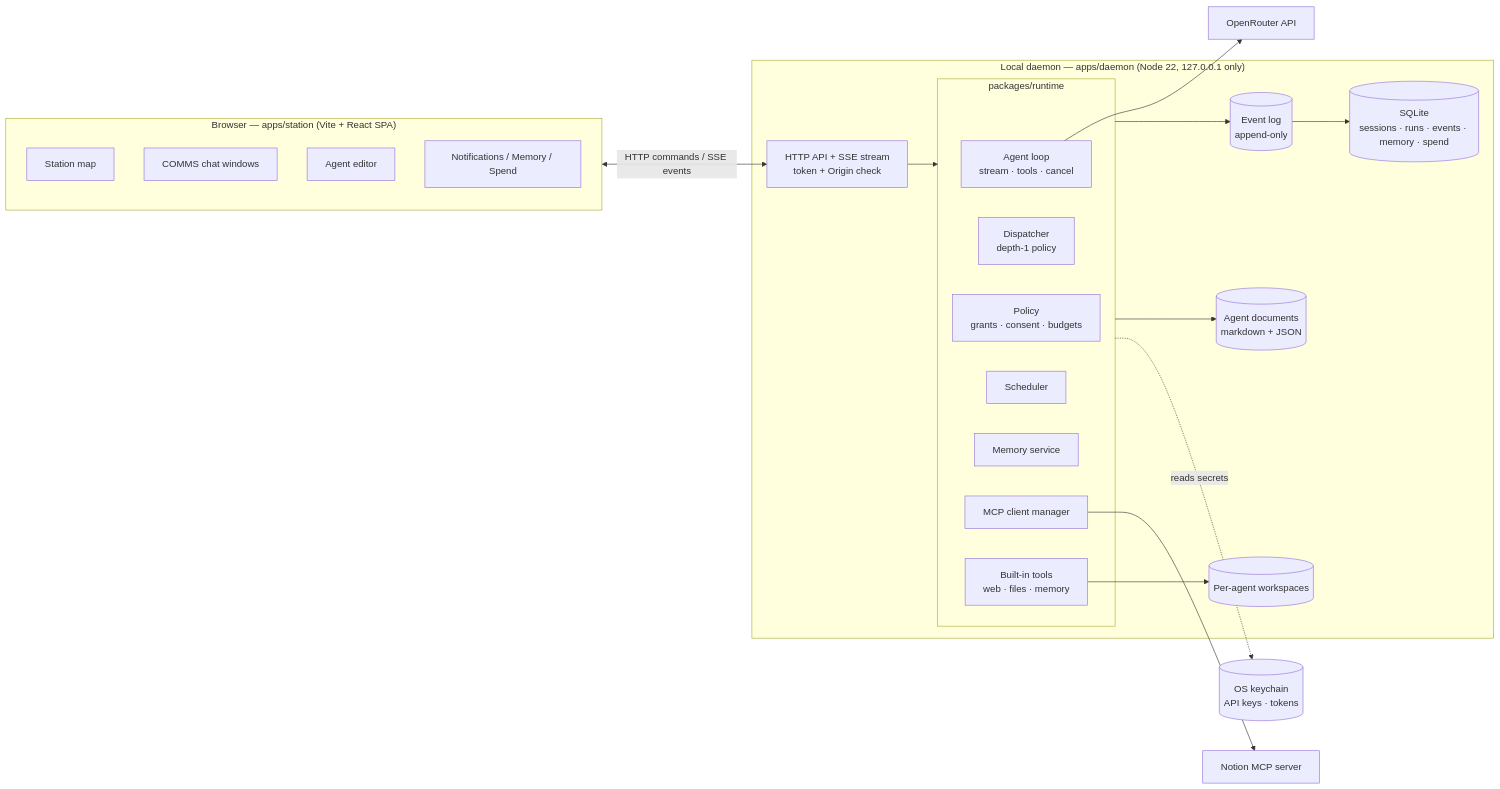
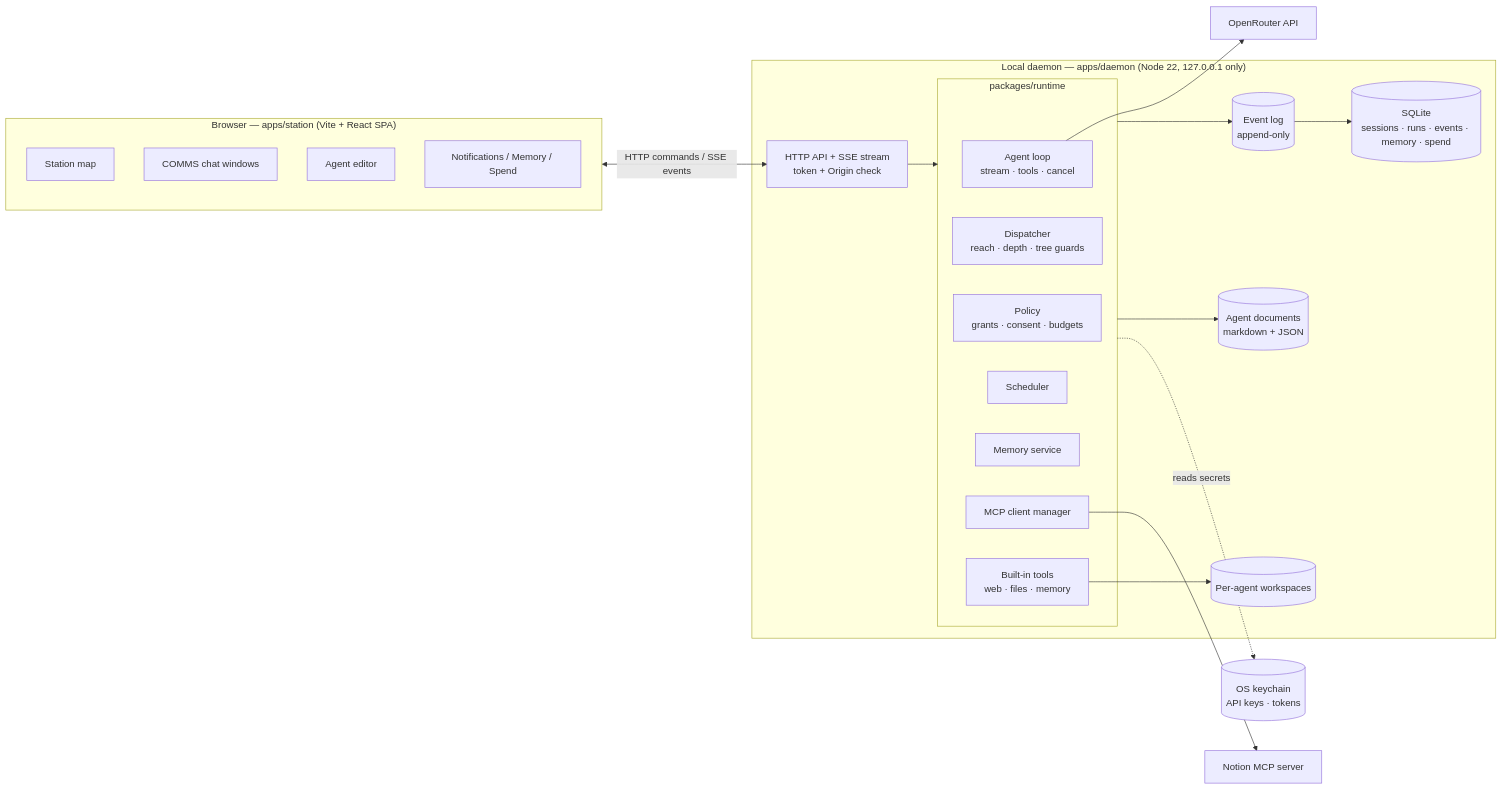
Before and after one commit to DarthSaul/outerworld-ai: the first of 4 diagrams in docs/specs/BRIEF-station-runtime.md, drawn with Mermaid. The commit also changed other lines of this file and 9 other files, not shown here.

````diff
--- a/docs/specs/BRIEF-station-runtime.md
+++ b/docs/specs/BRIEF-station-runtime.md
@@ -97,39 +97,39 @@
 ```mermaid
 flowchart LR
   subgraph Browser["Browser — apps/station (Vite + React SPA)"]
     MAP[Station map]
     COMMS[COMMS chat windows]
     CFG[Agent editor]
     FEED[Notifications / Memory / Spend]
   end
 
   subgraph Daemon["Local daemon — apps/daemon (Node 22, 127.0.0.1 only)"]
     API[HTTP API + SSE stream<br/>token + Origin check]
     subgraph RT["packages/runtime"]
       RUN[Agent loop<br/>stream · tools · cancel]
-      DISP[Dispatcher<br/>depth-1 policy]
+      DISP[Dispatcher<br/>reach · depth · tree guards]
       POL[Policy<br/>grants · consent · budgets]
       SCHED[Scheduler]
       MEM[Memory service]
       MCP[MCP client manager]
       TOOLS[Built-in tools<br/>web · files · memory]
     end
     BUS[(Event log<br/>append-only)]
     DB[(SQLite<br/>sessions · runs · events · memory · spend)]
     FILES[(Agent documents<br/>markdown + JSON)]
     WS[(Per-agent workspaces)]
   end
 
   OR[OpenRouter API]
   NOTION[Notion MCP server]
   KC[(OS keychain<br/>API keys · tokens)]
 
   Browser <-- "HTTP commands / SSE events" --> API
   API --> RT
   RUN --> OR
   MCP --> NOTION
   RT --> BUS --> DB
   RT --> FILES
   TOOLS --> WS
   RT -. reads secrets .-> KC
 ```
````
